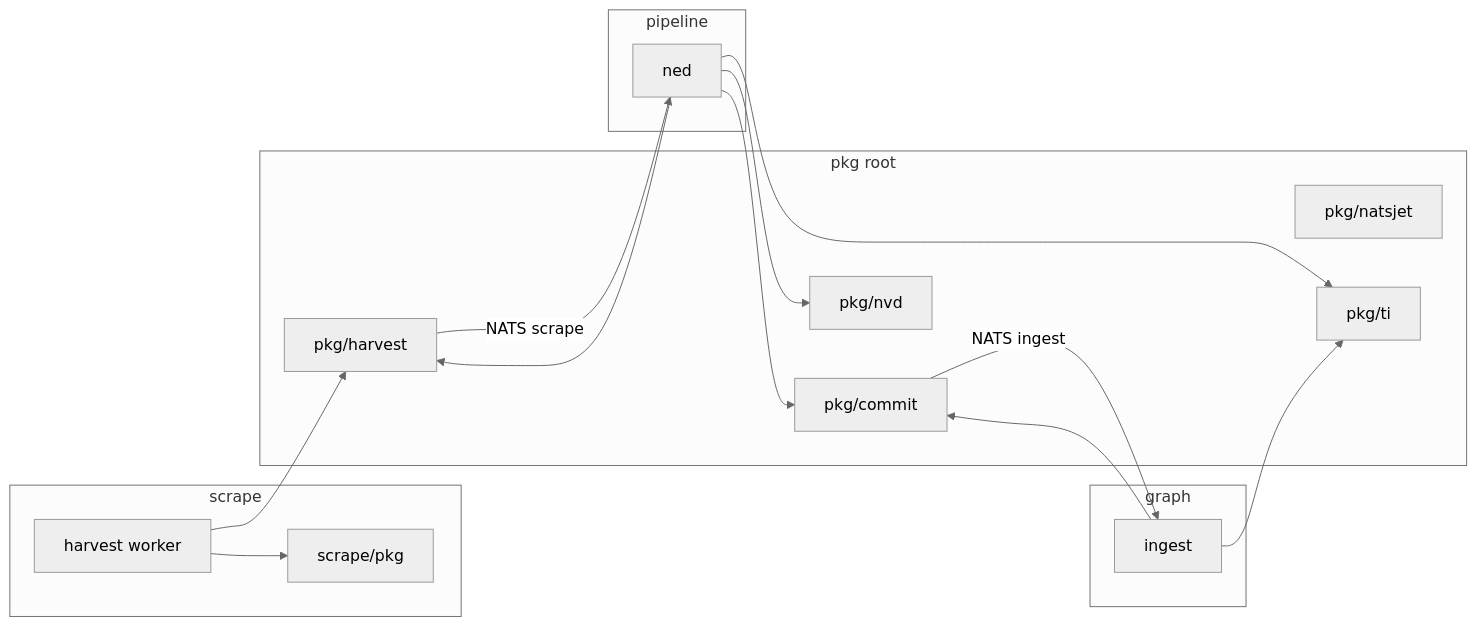
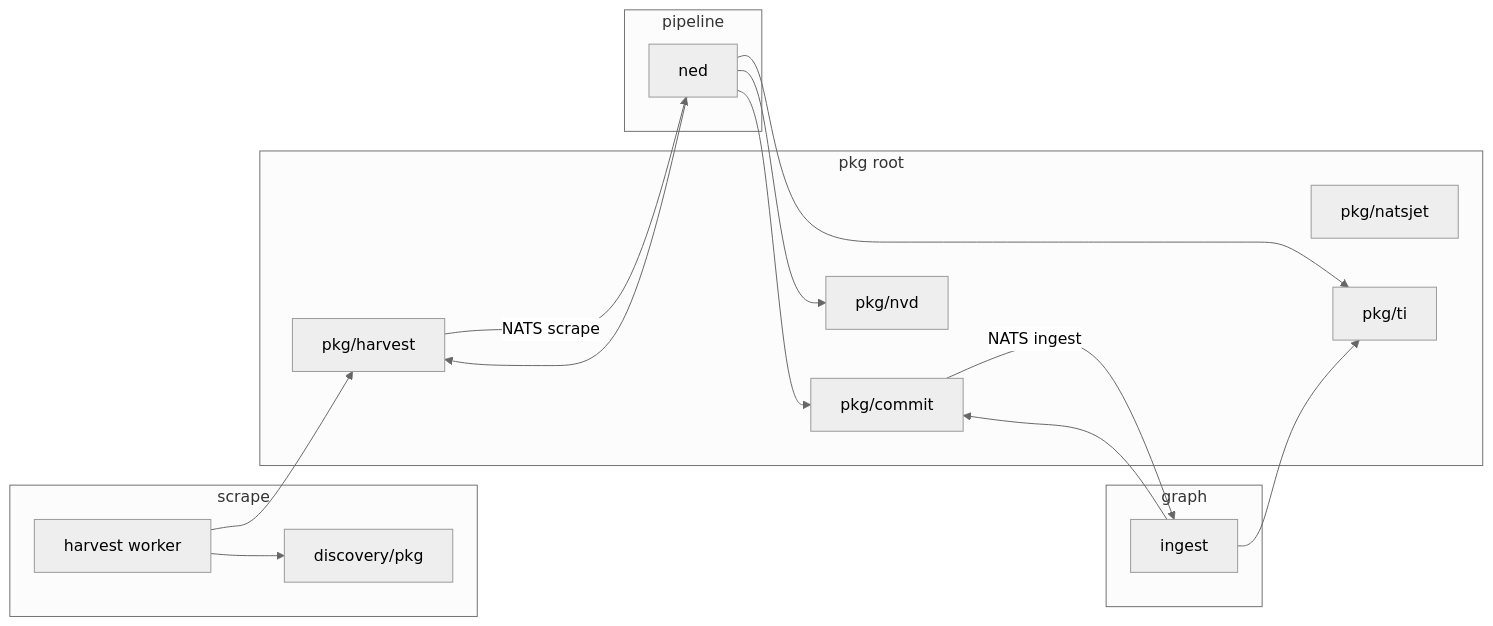
The diagram in .cursor/plans/archive/pkg_rename_and_audit_f5fedb76.plan.md (butbeautifulv/threat_intelligence), drawn with Mermaid (neutral theme) before and after one commit. The commit also changed other lines of this file and 210 other files, not shown here.

Commit message:
refactor(platform): P8h rename scrape/ to discovery/

````diff
--- a/.cursor/plans/archive/pkg_rename_and_audit_f5fedb76.plan.md
+++ b/.cursor/plans/archive/pkg_rename_and_audit_f5fedb76.plan.md
@@ -46,30 +46,30 @@
 ```mermaid
 flowchart LR
   subgraph scrapeLayer [scrape]
     HarvestMod[harvest worker]
-    ScrapePkg[scrape/pkg]
+    ScrapePkg[discovery/pkg]
   end
   subgraph rootPkg [pkg root]
     HarvestWire[pkg/harvest]
     CommitWire[pkg/commit]
     NatsJet[pkg/natsjet]
     TI[pkg/ti]
     NVD[pkg/nvd]
   end
   subgraph pipelineLayer [pipeline]
     NED[ned]
   end
   subgraph graphLayer [graph]
     Ingest[ingest]
   end
   HarvestMod --> HarvestWire
   HarvestMod --> ScrapePkg
   NED --> HarvestWire
   NED --> CommitWire
   NED --> TI
   NED --> NVD
   Ingest --> CommitWire
   Ingest --> TI
   HarvestWire -->|NATS scrape| NED
   CommitWire -->|NATS ingest| Ingest
 ```
````
